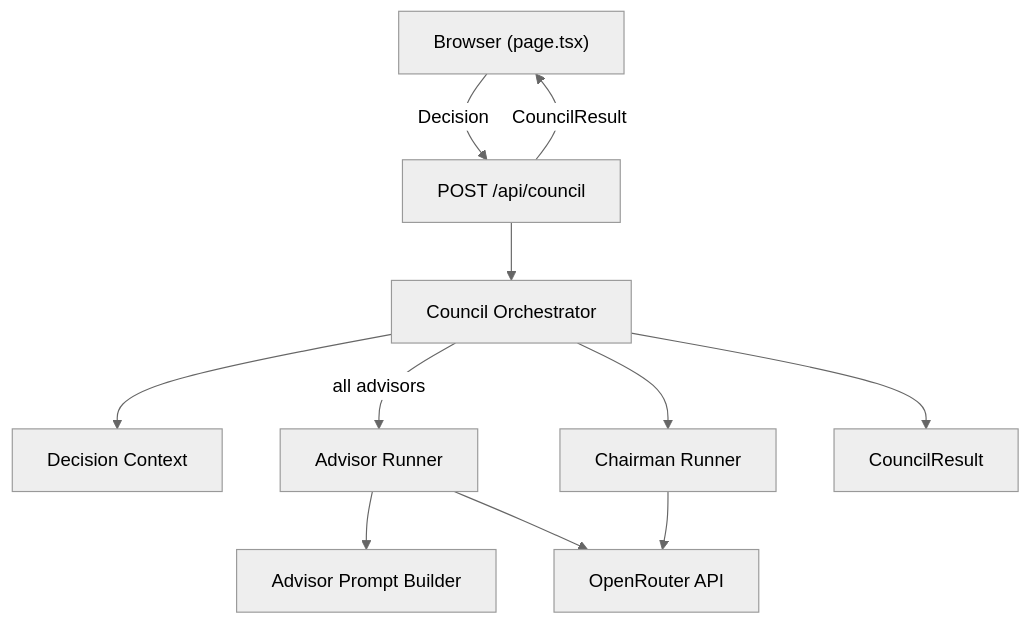
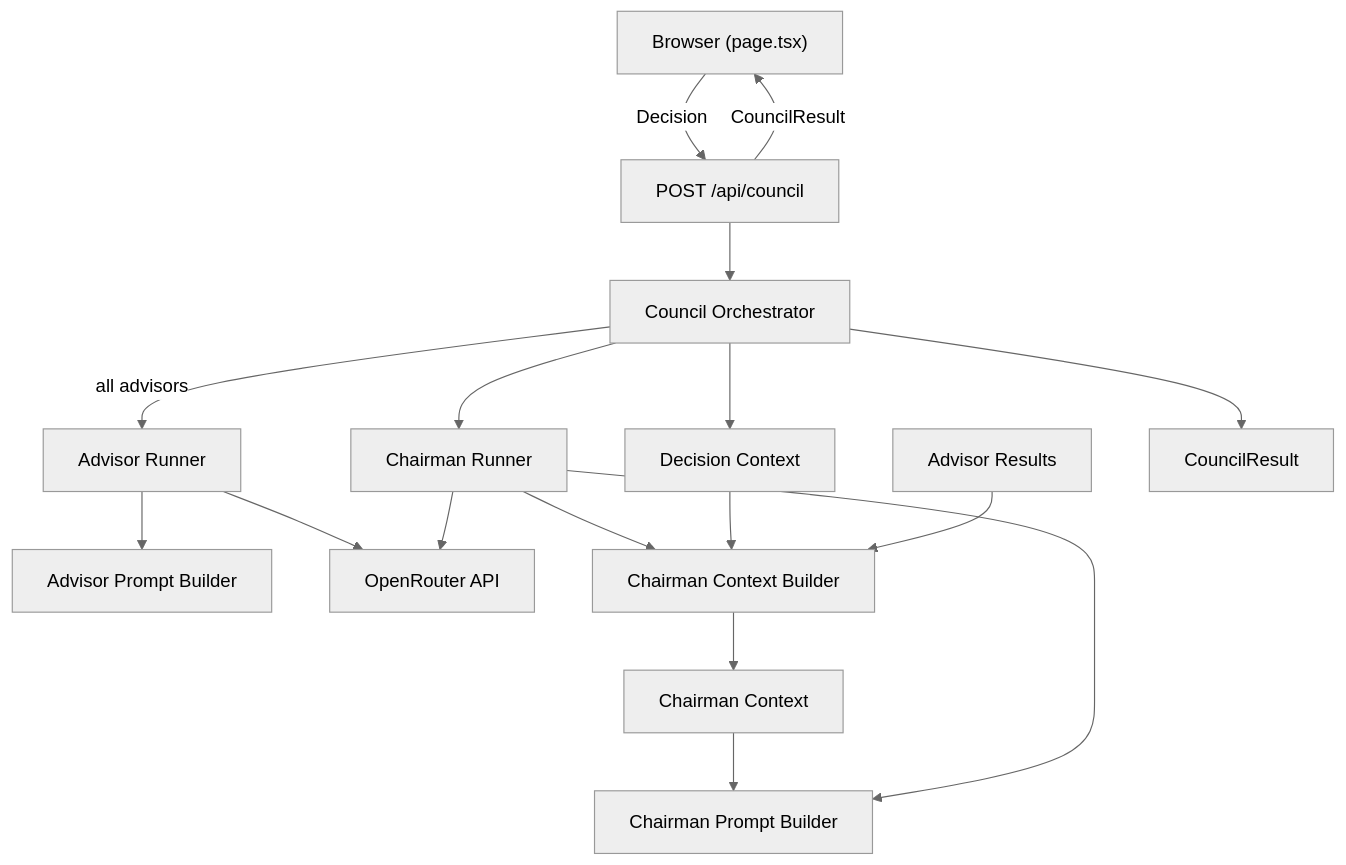
The diagram in README.md (TulioT99/prodignus-council), drawn with Mermaid (neutral theme) before and after one commit. The commit also changed other lines of this file and 9 other files, not shown here.

````diff
--- a/README.md
+++ b/README.md
@@ -59,23 +67,33 @@
 ```mermaid
 flowchart TD
   Browser["Browser (page.tsx)"]
   API["POST /api/council"]
   Orchestrator["Council Orchestrator"]
   Context["Decision Context"]
+  Advisors["Advisor Results"]
   Runner["Advisor Runner"]
   Prompts["Advisor Prompt Builder"]
   OpenRouter["OpenRouter API"]
+  ContextBuilder["Chairman Context Builder"]
+  ChairmanContext["Chairman Context"]
   ChairmanRunner["Chairman Runner"]
+  ChairmanPrompt["Chairman Prompt Builder"]
   Result["CouncilResult"]
 
   Browser -->|Decision| API
   API --> Orchestrator
   Orchestrator --> Context
   Orchestrator -->|all advisors| Runner
   Runner --> Prompts
   Runner --> OpenRouter
   Orchestrator --> ChairmanRunner
+  ChairmanRunner --> ContextBuilder
+  Context --> ContextBuilder
+  Advisors --> ContextBuilder
+  ContextBuilder --> ChairmanContext
+  ChairmanContext --> ChairmanPrompt
+  ChairmanRunner --> ChairmanPrompt
   ChairmanRunner --> OpenRouter
   Orchestrator --> Result
   API -->|CouncilResult| Browser
 ```
````
